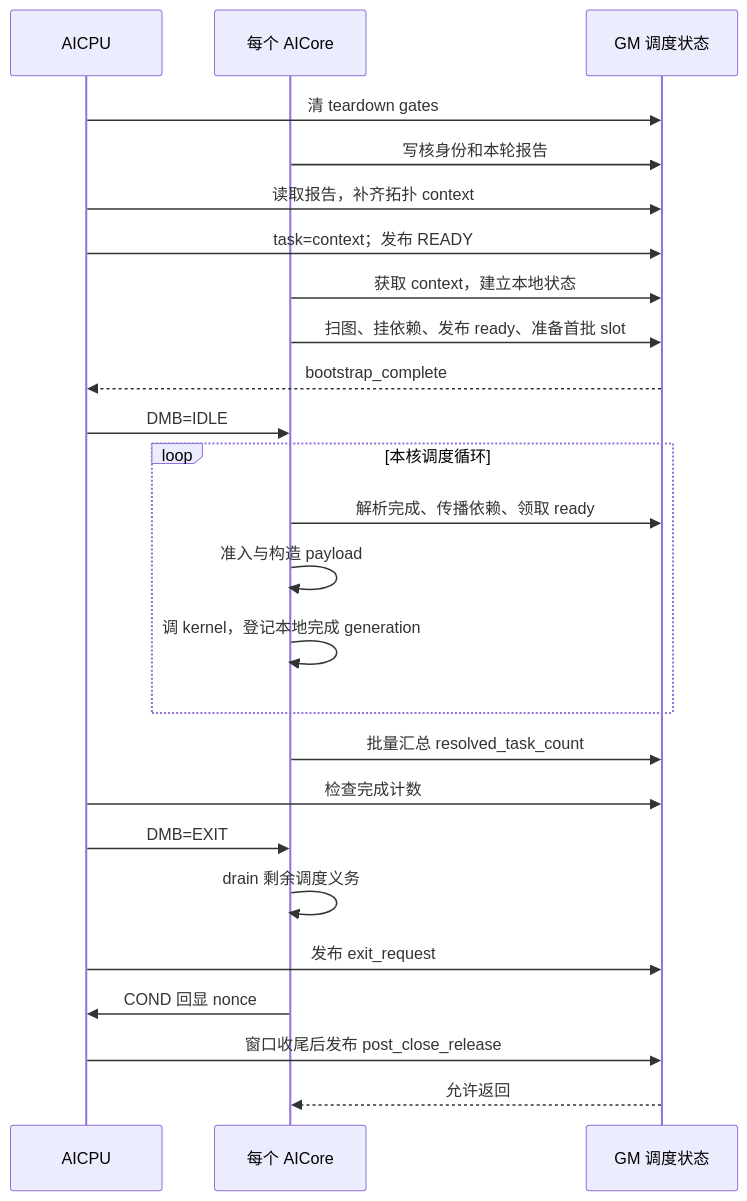
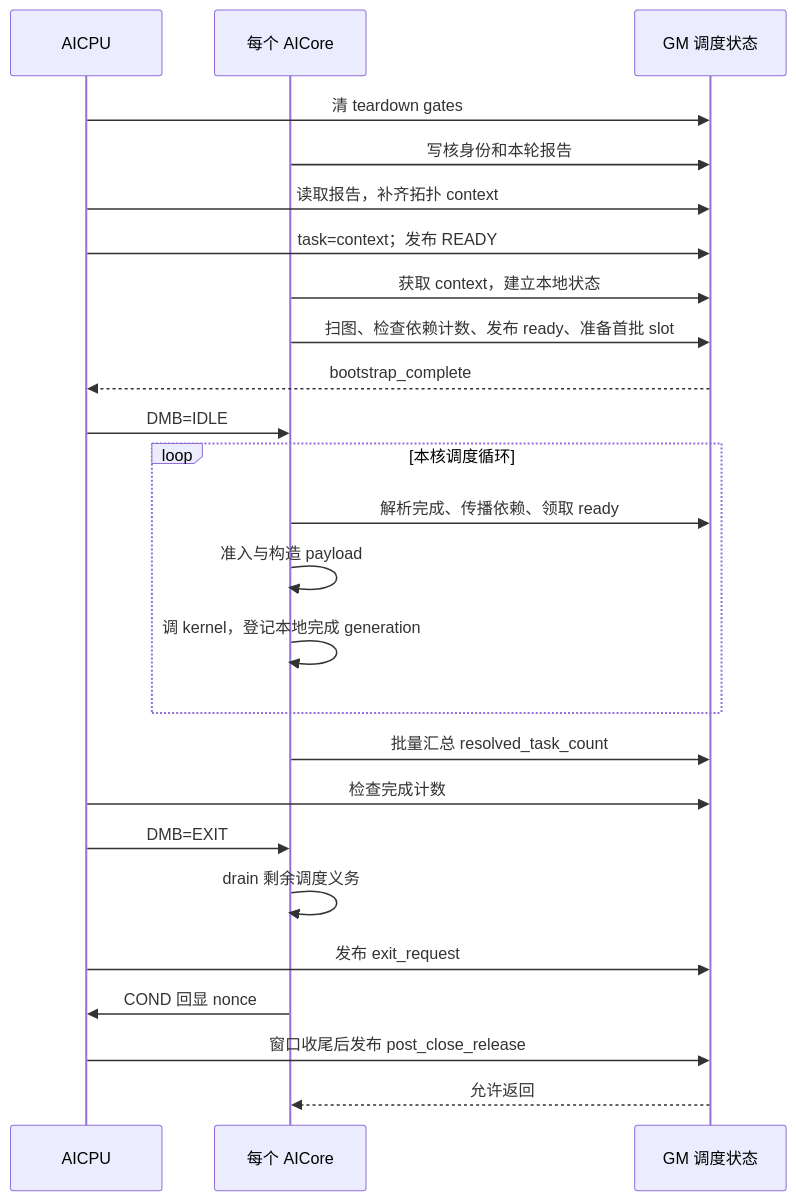
The diagram in docs/zh-cn/a5-hbg-aicore-walkthrough/README.md (hw-native-sys/simpler), drawn with Mermaid before and after one commit. The commit also changed other lines of this file and 100 other files, not shown here.

````diff
--- a/docs/zh-cn/a5-hbg-aicore-walkthrough/README.md
+++ b/docs/zh-cn/a5-hbg-aicore-walkthrough/README.md
@@ -41,27 +41,27 @@
 ```mermaid
 sequenceDiagram
     participant CPU as AICPU
     participant CORE as 每个 AICore
     participant GM as GM 调度状态
     CPU->>GM: 清 teardown gates
     CORE->>GM: 写核身份和本轮报告
     CPU->>GM: 读取报告，补齐拓扑 context
     CPU->>GM: task=context；发布 READY
     CORE->>GM: 获取 context，建立本地状态
-    CORE->>GM: 扫图、挂依赖、发布 ready、准备首批 slot
+    CORE->>GM: 扫图、检查依赖计数、发布 ready、准备首批 slot
     GM-->>CPU: bootstrap_complete
     CPU->>CORE: DMB=IDLE
     loop 本核调度循环
         CORE->>GM: 解析完成、传播依赖、领取 ready
         CORE->>CORE: 准入与构造 payload
         CORE->>CORE: 调 kernel，登记本地完成 generation
     end
     CORE->>GM: 批量汇总 resolved_task_count
     CPU->>GM: 检查完成计数
     CPU->>CORE: DMB=EXIT
     CORE->>CORE: drain 剩余调度义务
     CPU->>GM: 发布 exit_request
     CORE->>CPU: COND 回显 nonce
     CPU->>GM: 窗口收尾后发布 post_close_release
     GM-->>CORE: 允许返回
 ```
````
